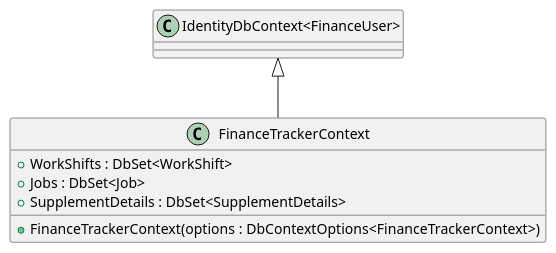
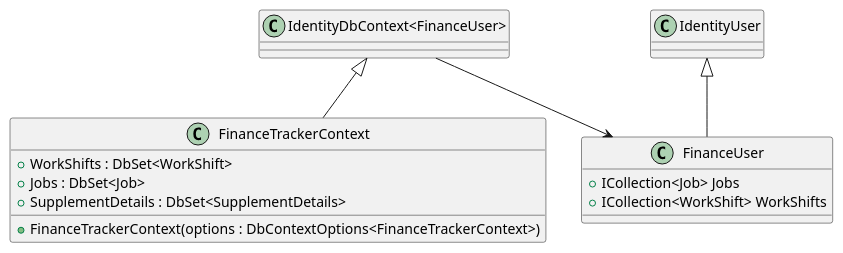
Before and after one commit to a-chiha/FinanceTrackerBackend: the diagram in diagrams/backend/financeTrackerContext.puml, drawn with PlantUML. The commit also changed 4 other files, not shown here.

```diff
--- a/diagrams/backend/financeTrackerContext.puml
+++ b/diagrams/backend/financeTrackerContext.puml
@@ -1,13 +1,27 @@
 @startuml
 
 class FinanceTrackerContext {
     + FinanceTrackerContext(options : DbContextOptions<FinanceTrackerContext>)
 
     + WorkShifts : DbSet<WorkShift>
     + Jobs : DbSet<Job>
     + SupplementDetails : DbSet<SupplementDetails>
 }
 
+
+class FinanceUser {     
++ ICollection<Job> Jobs
++ ICollection<WorkShift> WorkShifts
+}
+
+
+
+IdentityUser <|-- FinanceUser
+
+
+
+"IdentityDbContext<FinanceUser>" --> FinanceUser
+
 "IdentityDbContext<FinanceUser>" <|-- FinanceTrackerContext
 
 @enduml
```
